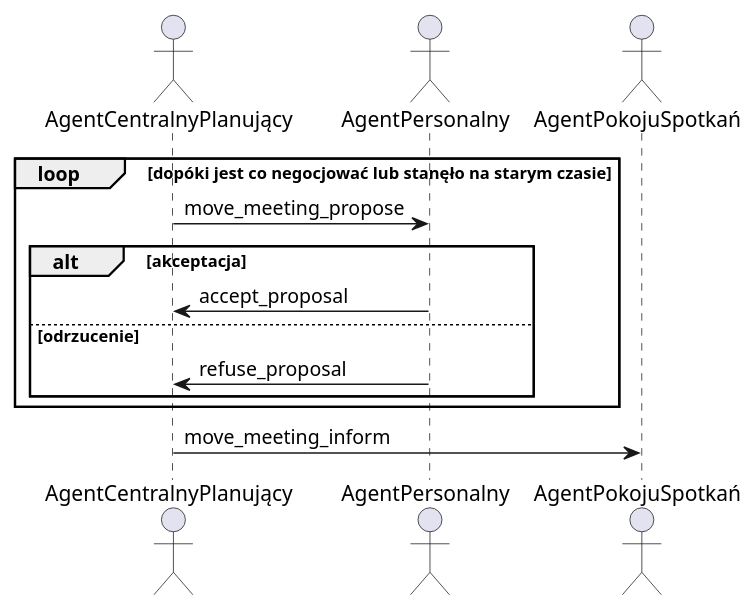
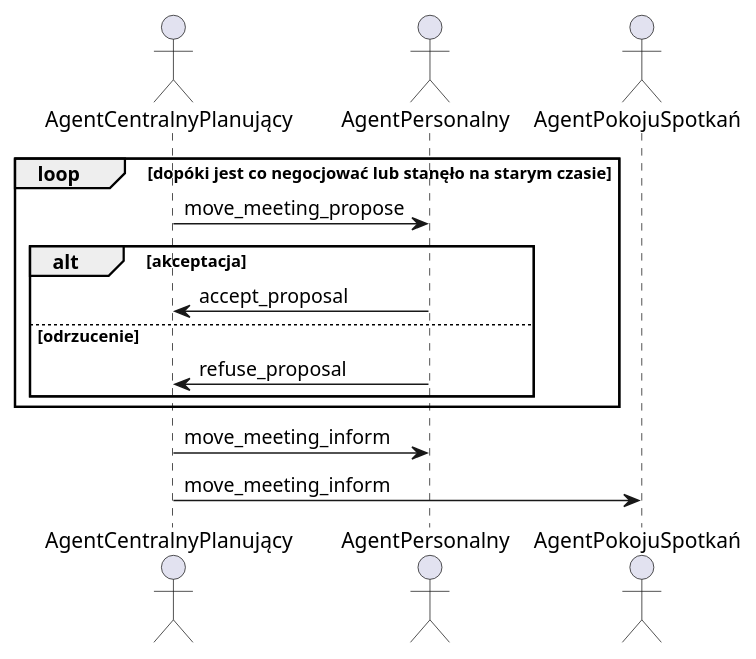
The diagram in project_description/diagrams_src/NegocjacjaTerminuSpotkania.puml (michalMilewski-8/SmartBuilding_Agent_MiNI_Project), drawn with PlantUML before and after one commit. The commit also changed 1 other file, not shown here.

```diff
--- a/project_description/diagrams_src/NegocjacjaTerminuSpotkania.puml
+++ b/project_description/diagrams_src/NegocjacjaTerminuSpotkania.puml
@@ -1,17 +1,18 @@
 @startuml
 actor AgentCentralnyPlanujący
 actor AgentPersonalny
 actor AgentPokojuSpotkań
 
 loop dopóki jest co negocjować lub stanęło na starym czasie
 	AgentCentralnyPlanujący->AgentPersonalny: move_meeting_propose
 
 	alt akceptacja	
 		AgentPersonalny -> AgentCentralnyPlanujący: accept_proposal
 	else odrzucenie
 		AgentPersonalny -> AgentCentralnyPlanujący: refuse_proposal
 	end
 end
 
+AgentCentralnyPlanujący -> AgentPersonalny: move_meeting_inform
 AgentCentralnyPlanujący -> AgentPokojuSpotkań: move_meeting_inform
 @enduml
```
